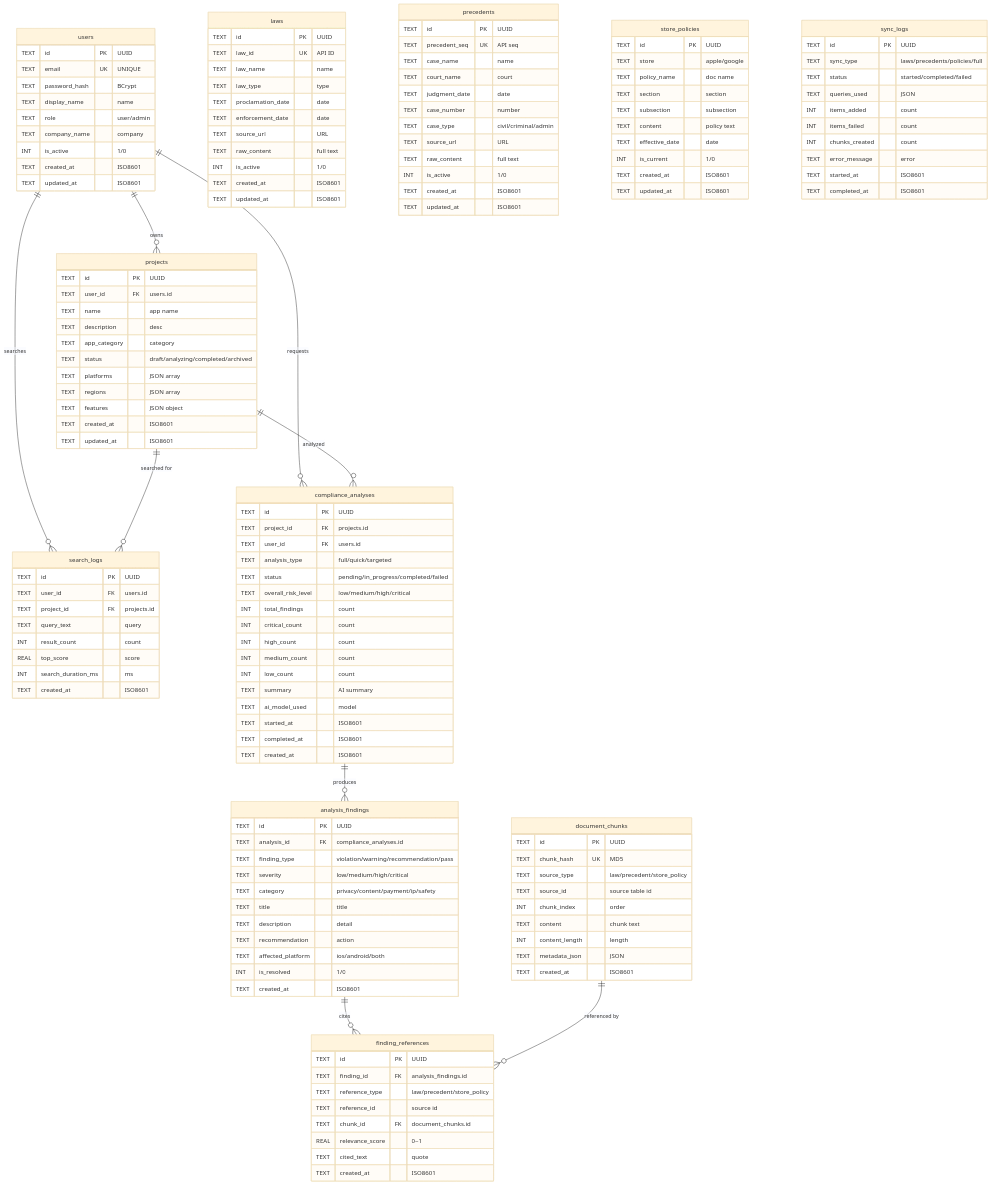
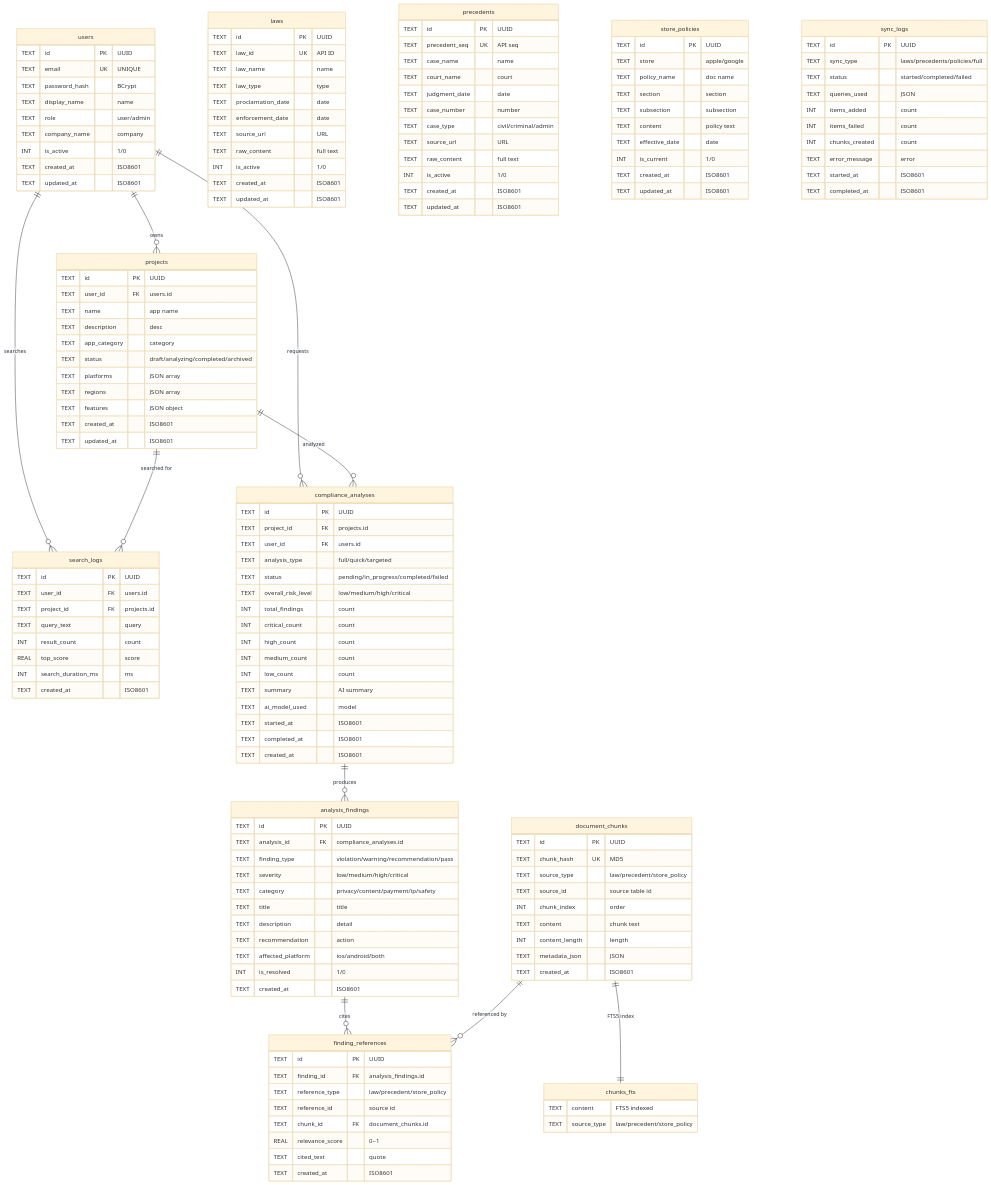
The diagram in database/erd_diagram.mmd (s4a2z7/SafeLaunchAI), drawn with Mermaid (base theme) before and after one commit. The commit also changed 14 other files, not shown here.

```diff
--- a/database/erd_diagram.mmd
+++ b/database/erd_diagram.mmd
@@ -158,6 +158,15 @@
     }
 
     %% -----------------------------------------
+    %% FTS5 Search Index
+    %% -----------------------------------------
+
+    chunks_fts {
+        TEXT content "FTS5 indexed"
+        TEXT source_type "law/precedent/store_policy"
+    }
+
+    %% -----------------------------------------
     %% E. Sync
     %% -----------------------------------------
 
@@ -189,3 +198,4 @@
     compliance_analyses ||--o{ analysis_findings : "produces"
     analysis_findings ||--o{ finding_references : "cites"
     document_chunks ||--o{ finding_references : "referenced by"
+    document_chunks ||--|| chunks_fts : "FTS5 index"
```
